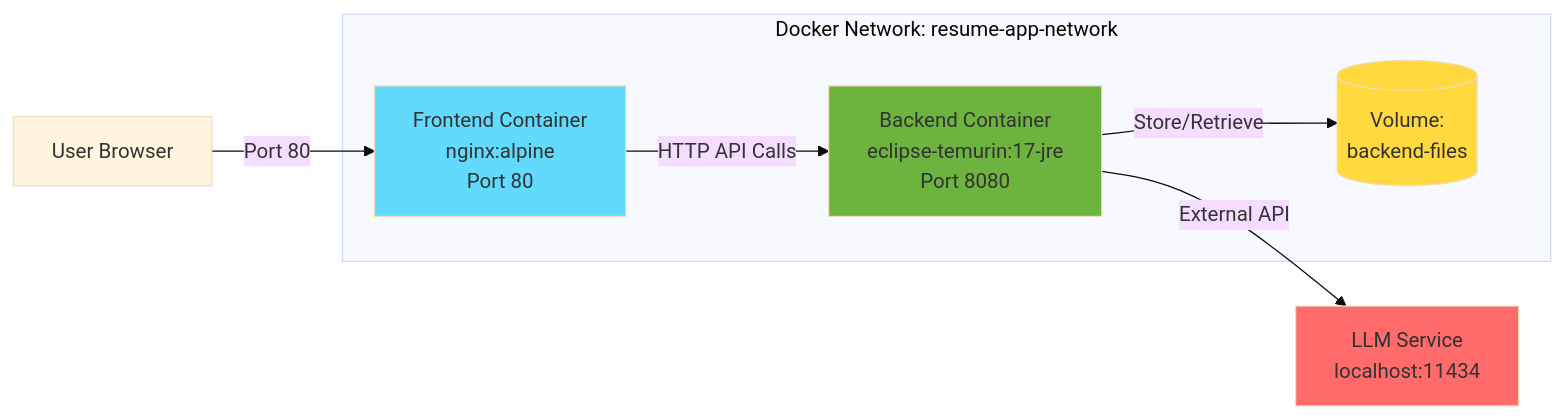
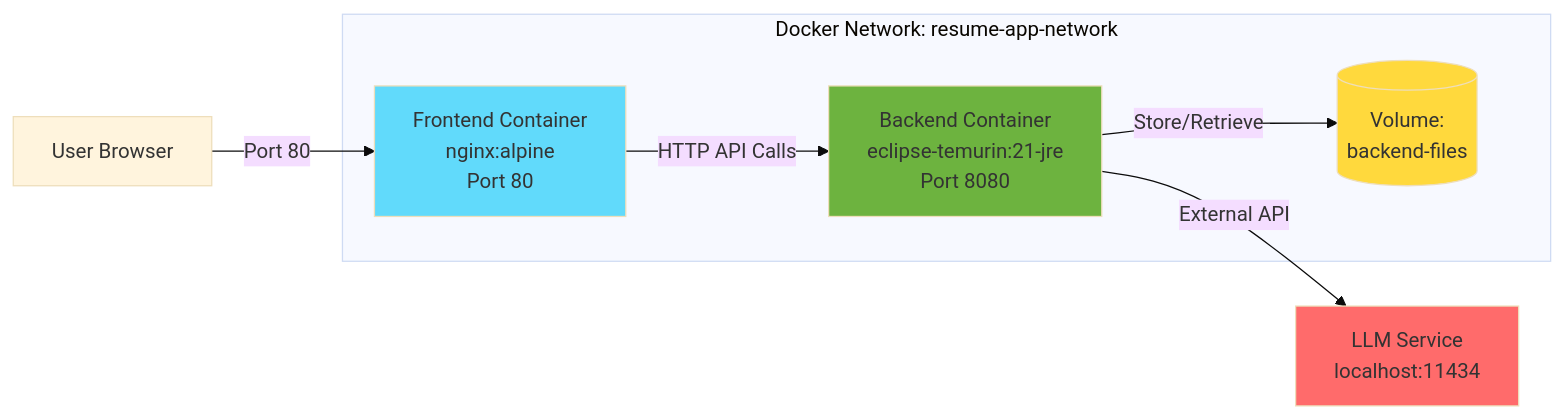
Before and after one commit to pbaletkeman/java-resumes: the second of 2 diagrams in README.md, drawn with Mermaid (base theme). The commit also changed other lines of this file and 6 other files, not shown here.

````diff
--- a/README.md
+++ b/README.md
@@ -225,19 +225,19 @@
 ```mermaid
 graph LR
     subgraph "Docker Network: resume-app-network"
         Frontend[Frontend Container<br/>nginx:alpine<br/>Port 80]
-        Backend[Backend Container<br/>eclipse-temurin:17-jre<br/>Port 8080]
+        Backend[Backend Container<br/>eclipse-temurin:21-jre<br/>Port 8080]
         Volume[(Volume:<br/>backend-files)]
 
         Frontend -->|HTTP API Calls| Backend
         Backend -->|Store/Retrieve| Volume
     end
 
     User[User Browser] -->|Port 80| Frontend
     Backend -->|External API| LLM[LLM Service<br/>localhost:11434]
 
     style Frontend fill:#61dafb
     style Backend fill:#6db33f
     style Volume fill:#ffd93d
     style LLM fill:#ff6b6b
 ```
````
